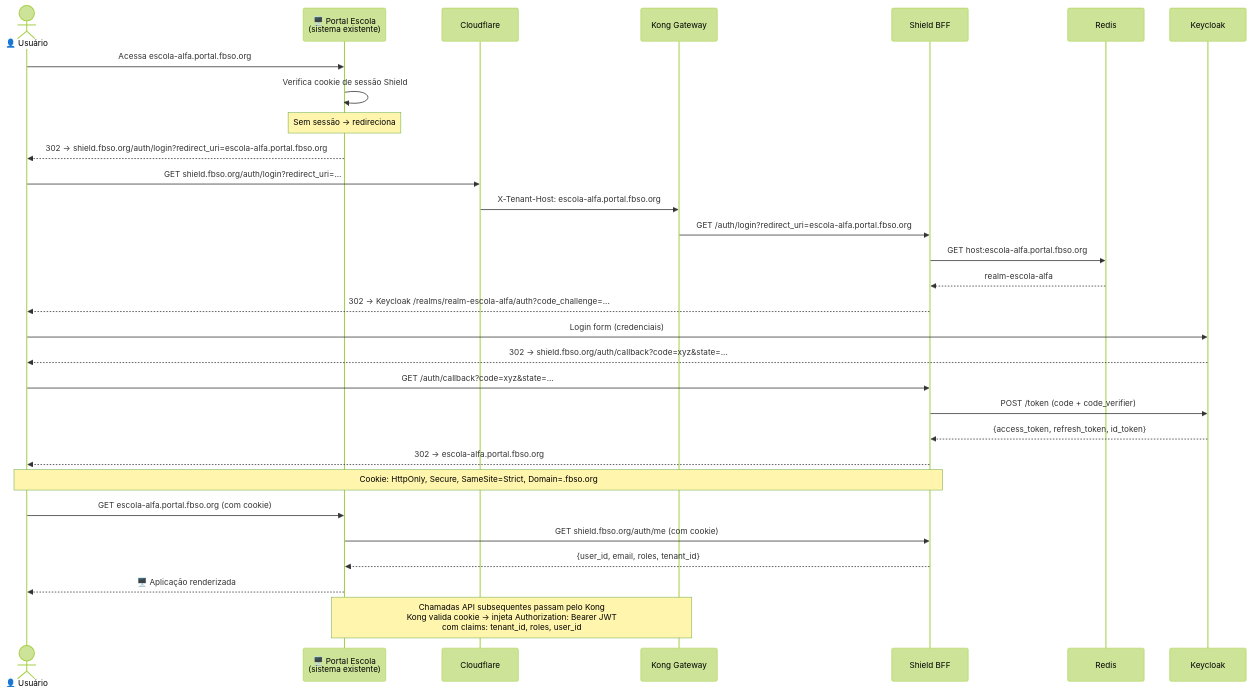
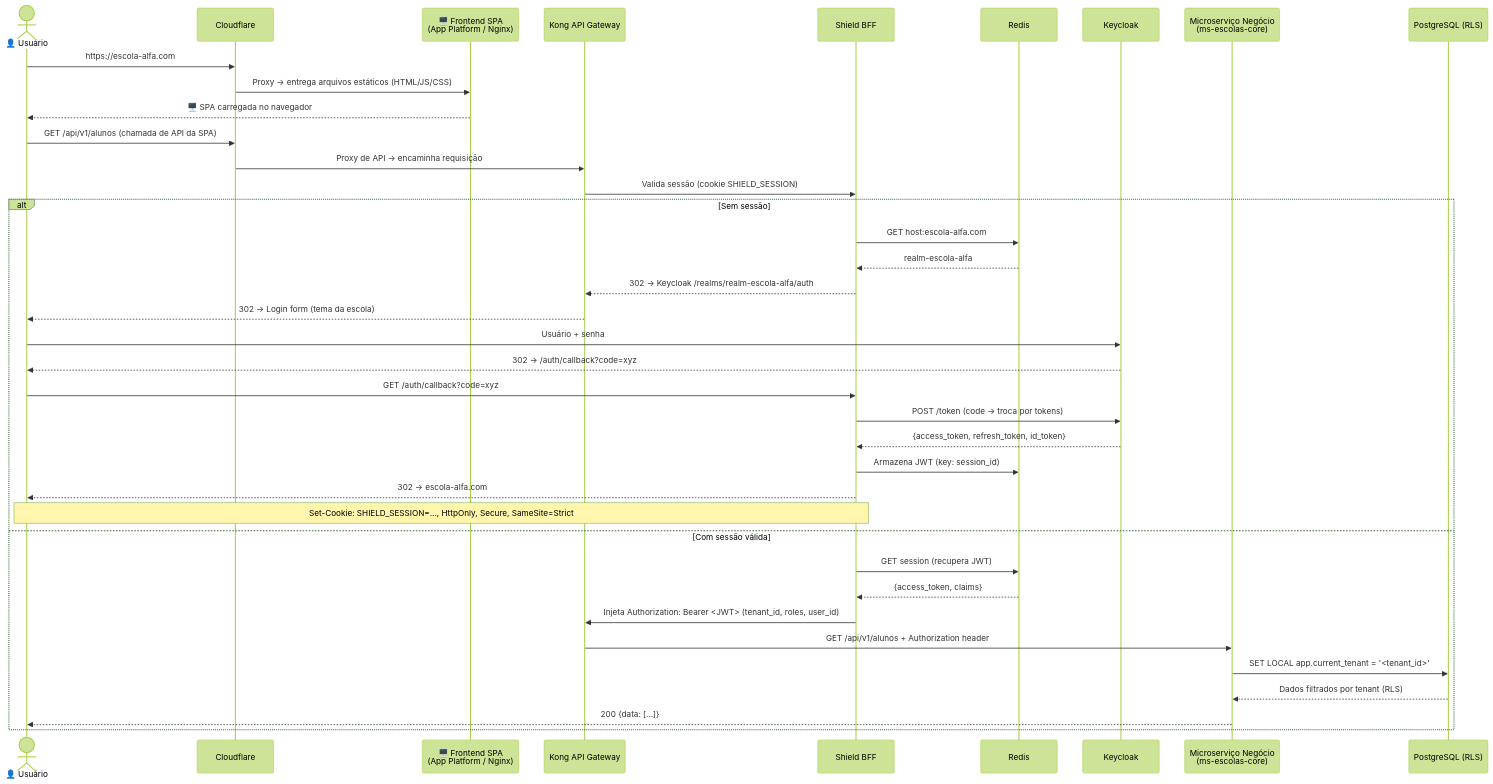
The fourth of 11 diagrams in business-inputs/business-projects/PRJ-TEC-2026-0004-PROJETO-SHIELD/10-SAD-PRJ-TEC-2026-0004-PROJETO-SHIELD.md (bolismar69/workspace-fbso), drawn with Mermaid (forest theme) before and after one commit. The commit also changed other lines of this file and 2 other files, not shown here.

First line of the commit message:
docs: revisao completa dos diagramas — Shield como filtro Kong

````diff
--- a/business-inputs/business-projects/PRJ-TEC-2026-0004-PROJETO-SHIELD/10-SAD-PRJ-TEC-2026-0004-PROJETO-SHIELD.md
+++ b/business-inputs/business-projects/PRJ-TEC-2026-0004-PROJETO-SHIELD/10-SAD-PRJ-TEC-2026-0004-PROJETO-SHIELD.md
@@ -177,40 +200,44 @@
 ```mermaid
 sequenceDiagram
     actor User as 👤 Usuário
-    participant Sys as 🖥️ Portal Escola<br/>(sistema existente)
     participant CF as Cloudflare
-    participant Kong as Kong Gateway
-    participant BFF as Shield BFF
+    participant SPA as 🖥️ Frontend SPA<br/>(App Platform / Nginx)
+    participant Kong as Kong API Gateway
+    participant Shield as Shield BFF
     participant Redis as Redis
     participant KC as Keycloak
+    participant MS as Microserviço Negócio<br/>(ms-escolas-core)
+    participant PG as PostgreSQL (RLS)
 
-    User->>Sys: Acessa escola-alfa.portal.fbso.org
-    Sys->>Sys: Verifica cookie de sessão Shield
-    Note over Sys: Sem sessão → redireciona
-    Sys-->>User: 302 → shield.fbso.org/auth/login?redirect_uri=escola-alfa.portal.fbso.org
+    User->>CF: https://escola-alfa.com
+    CF->>SPA: Proxy → entrega arquivos estáticos (HTML/JS/CSS)
+    SPA-->>User: 🖥️ SPA carregada no navegador
 
-    User->>CF: GET shield.fbso.org/auth/login?redirect_uri=...
-    CF->>Kong: X-Tenant-Host: escola-alfa.portal.fbso.org
-    Kong->>BFF: GET /auth/login?redirect_uri=escola-alfa.portal.fbso.org
+    User->>CF: GET /api/v1/alunos (chamada de API da SPA)
+    CF->>Kong: Proxy de API → encaminha requisição
+    Kong->>Shield: Valida sessão (cookie SHIELD_SESSION)
 
-    BFF->>Redis: GET host:escola-alfa.portal.fbso.org
-    Redis-->>BFF: realm-escola-alfa
+    alt Sem sessão
+        Shield->>Redis: GET host:escola-alfa.com
+        Redis-->>Shield: realm-escola-alfa
+        Shield-->>Kong: 302 → Keycloak /realms/realm-escola-alfa/auth
+        Kong-->>User: 302 → Login form (tema da escola)
 
-    BFF-->>User: 302 → Keycloak /realms/realm-escola-alfa/auth?code_challenge=...
-    User->>KC: Login form (credenciais)
-    KC-->>User: 302 → shield.fbso.org/auth/callback?code=xyz&state=...
-
-    User->>BFF: GET /auth/callback?code=xyz&state=...
-    BFF->>KC: POST /token (code + code_verifier)
-    KC-->>BFF: {access_token, refresh_token, id_token}
-
-    BFF-->>User: 302 → escola-alfa.portal.fbso.org
-    Note over BFF,User: Cookie: HttpOnly, Secure, SameSite=Strict, Domain=.fbso.org
-
-    User->>Sys: GET escola-alfa.portal.fbso.org (com cookie)
-    Sys->>BFF: GET shield.fbso.org/auth/me (com cookie)
-    BFF-->>Sys: {user_id, email, roles, tenant_id}
-    Sys-->>User: 🖥️ Aplicação renderizada
-
-    Note over Sys,Kong: Chamadas API subsequentes passam pelo Kong<br/>Kong valida cookie → injeta Authorization: Bearer JWT<br/>com claims: tenant_id, roles, user_id
+        User->>KC: Usuário + senha
+        KC-->>User: 302 → /auth/callback?code=xyz
+        User->>Shield: GET /auth/callback?code=xyz
+        Shield->>KC: POST /token (code → troca por tokens)
+        KC-->>Shield: {access_token, refresh_token, id_token}
+        Shield->>Redis: Armazena JWT (key: session_id)
+        Shield-->>User: 302 → escola-alfa.com
+        Note over Shield,User: Set-Cookie: SHIELD_SESSION=..., HttpOnly, Secure, SameSite=Strict
+    else Com sessão válida
+        Shield->>Redis: GET session (recupera JWT)
+        Redis-->>Shield: {access_token, claims}
+        Shield->>Kong: Injeta Authorization: Bearer <JWT> (tenant_id, roles, user_id)
+        Kong->>MS: GET /api/v1/alunos + Authorization header
+        MS->>PG: SET LOCAL app.current_tenant = '<tenant_id>'
+        PG-->>MS: Dados filtrados por tenant (RLS)
+        MS-->>User: 200 {data: [...]}
+    end
 ```
````
